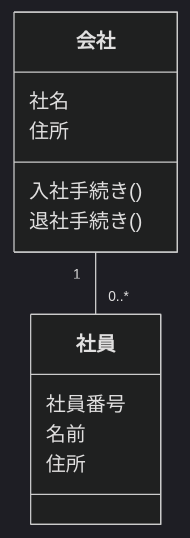
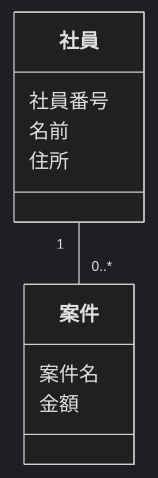
Before and after one commit to takesoo/obsidian: the first of 5 diagrams in クラス図.md, drawn with Mermaid (dark theme). The commit also changed other lines of this file, not shown here.

````diff
--- a/クラス図.md
+++ b/クラス図.md
@@ -6,18 +5,16 @@
 ```mermaid
 classDiagram
 
 class 社員 {
 社員番号
 名前
 住所
 }
 
-class 会社 {
-社名
-住所
-入社手続き()
-退社手続き()
+class 案件 {
+案件名
+金額
 }
 
-会社 "1" -- "0..*" 社員
+社員 "1" -- "0..*" 案件
 ```
````
